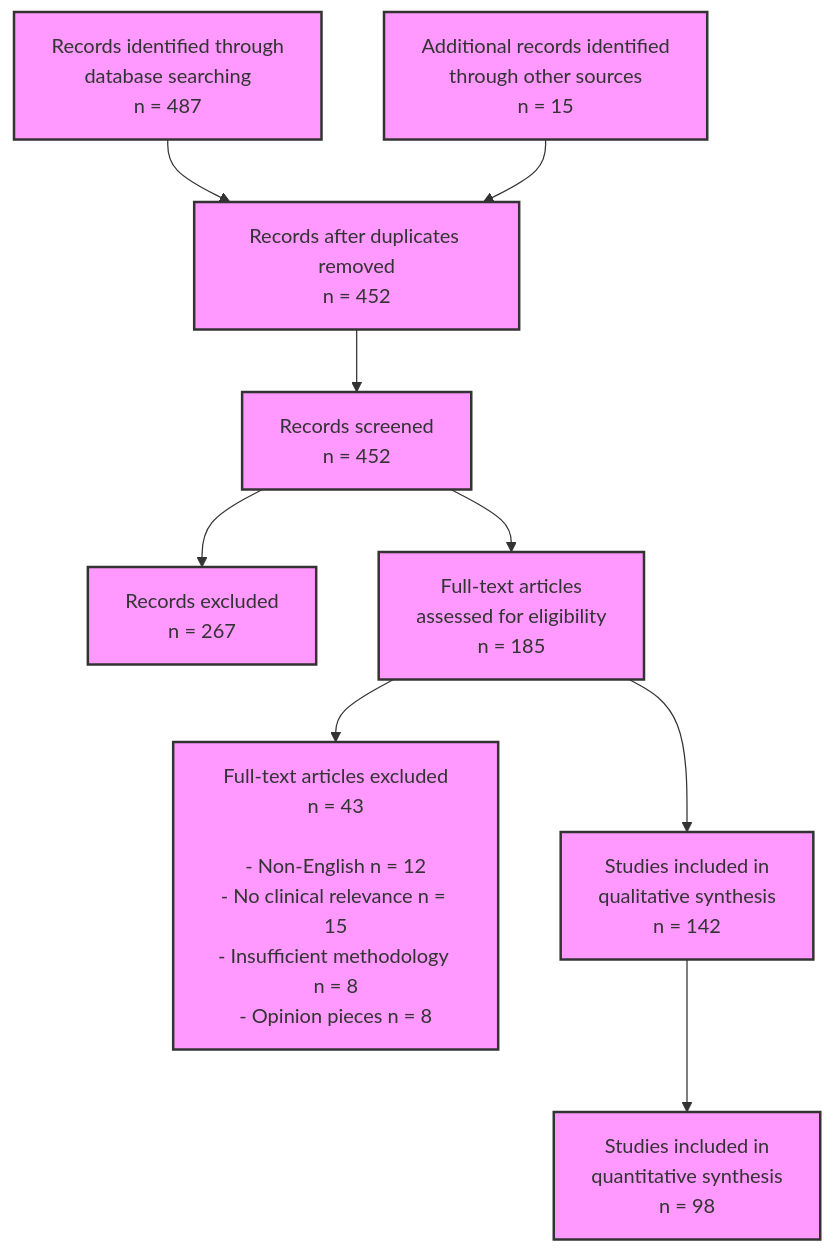
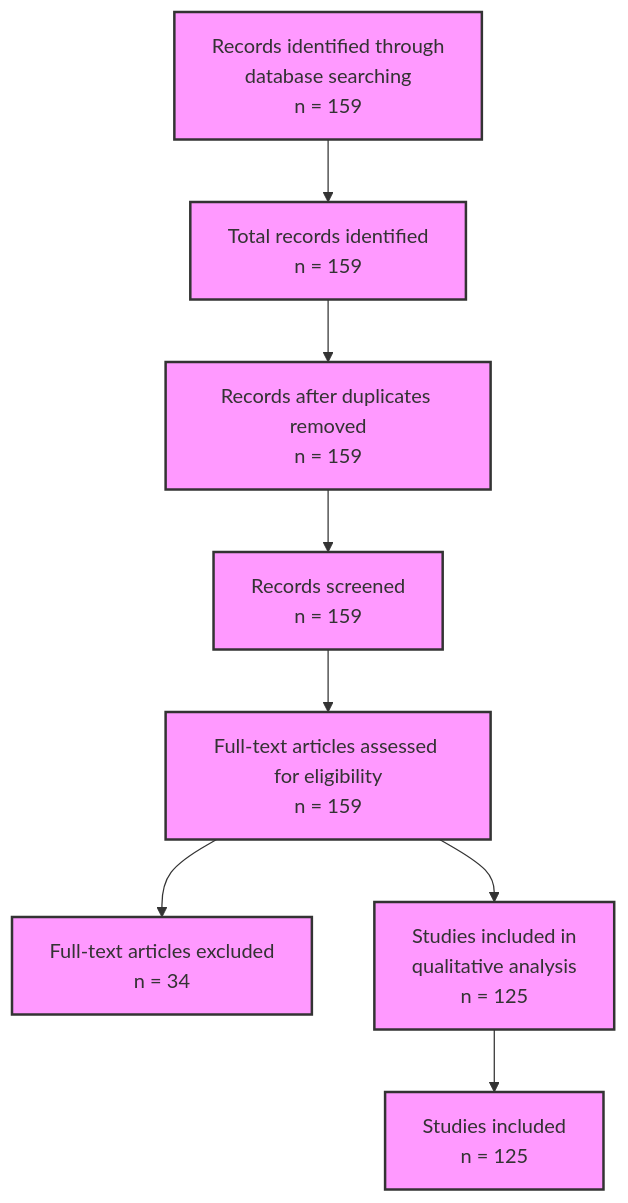
Before and after one commit to SimoKiihamaki/ai_medicine: the diagram in ai_medicine/research_docs/figures/prisma_flow.md, drawn with Mermaid. The commit also changed other lines of this file and 38 other files, not shown here.

````diff
--- a/ai_medicine/research_docs/figures/prisma_flow.md
+++ b/ai_medicine/research_docs/figures/prisma_flow.md
@@ -3,14 +3,13 @@
 ```mermaid
 flowchart TD
-    id1[Records identified through<br>database searching<br>n = 487] --> id3[Records after duplicates removed<br>n = 452]
-    id2[Additional records identified<br>through other sources<br>n = 15] --> id3
-    id3 --> id4[Records screened<br>n = 452]
-    id4 --> id5[Records excluded<br>n = 267]
-    id4 --> id6[Full-text articles<br>assessed for eligibility<br>n = 185]
-    id6 --> id7[Full-text articles excluded<br>n = 43<br><br>- Non-English n = 12<br>- No clinical relevance n = 15<br>- Insufficient methodology n = 8<br>- Opinion pieces n = 8]
-    id6 --> id8[Studies included in<br>qualitative synthesis<br>n = 142]
-    id8 --> id9[Studies included in<br>quantitative synthesis<br>n = 98]
+    id1[Records identified through<br>database searching<br>n = 159] --> id3[Total records identified<br>n = 159]
+    id3 --> id4[Records after duplicates removed<br>n = 159]
+    id4 --> id5[Records screened<br>n = 159]
+    id5 --> id7[Full-text articles assessed for eligibility<br>n = 159]
+    id7 --> id8[Full-text articles excluded<br>n = 34]
+    id7 --> id9[Studies included in<br>qualitative analysis<br>n = 125]
+    id9 --> id10[Studies included<br>n = 125]
 
     classDef box fill:#f9f,stroke:#333,stroke-width:2px;
-    class id1,id2,id3,id4,id5,id6,id7,id8,id9 box;
+    class id1,id3,id4,id5,id7,id8,id9,id10 box;
 ```
````
